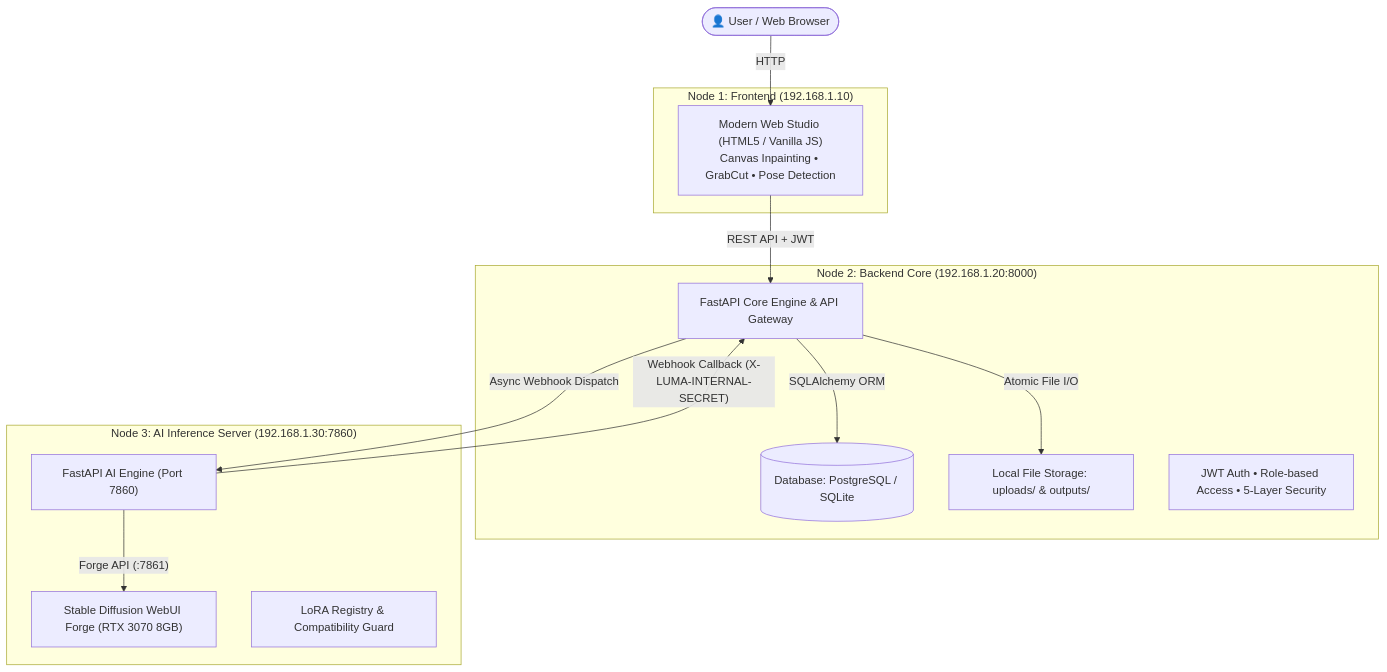
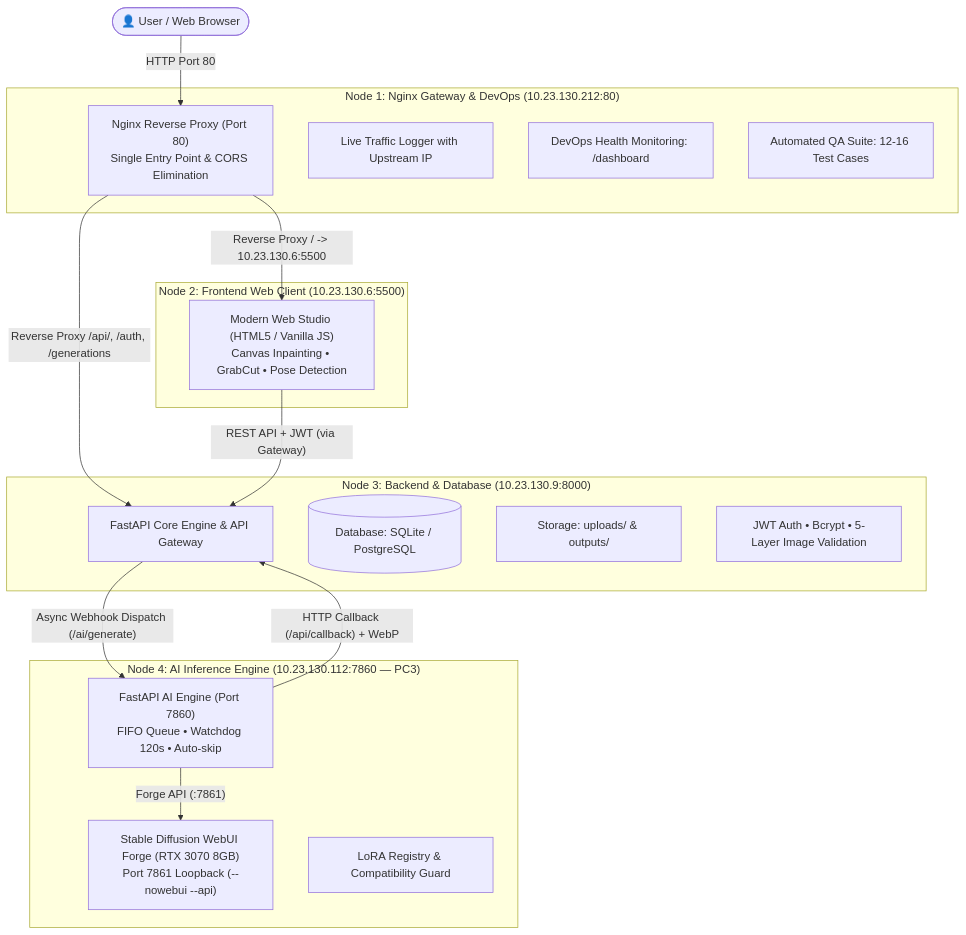
One commit to Pongkarm/Project_Luma_PKW changed the first of 3 diagrams in README.md. Above: the diagram before and after it, drawn with Mermaid. The commit also changed other lines of this file and 1 other file, not shown here.

Commit message:
docs: align root and ai-server READMEs with 4-node topology, real IP matrix, and launch scripts

````diff
--- a/README.md
+++ b/README.md
@@ -17,29 +19,36 @@
 ```mermaid
 graph TD
     User([👤 User / Web Browser])
-    
-    subgraph PC1 ["Node 1: Frontend (192.168.1.10)"]
+
+    subgraph Node1 ["Node 1: Nginx Gateway & DevOps (10.23.130.212:80)"]
+        Nginx["Nginx Reverse Proxy (Port 80)<br/>Single Entry Point & CORS Elimination"]
+        AccessLog["Live Traffic Logger with Upstream IP"]
+        Dashboard["DevOps Health Monitoring: /dashboard"]
+        QATest["Automated QA Suite: 12-16 Test Cases"]
+    end
+
+    subgraph Node2 ["Node 2: Frontend Web Client (10.23.130.6:5500)"]
         UI["Modern Web Studio (HTML5 / Vanilla JS)<br/>Canvas Inpainting • GrabCut • Pose Detection"]
     end
 
-    subgraph PC2 ["Node 2: Backend Core (192.168.1.20:8000)"]
+    subgraph Node3 ["Node 3: Backend & Database (10.23.130.9:8000)"]
         API["FastAPI Core Engine & API Gateway"]
-        DB[("Database: PostgreSQL / SQLite")]
-        Storage["Local File Storage: uploads/ & outputs/"]
-        Security["JWT Auth • Role-based Access • 5-Layer Security"]
+        DB[("Database: SQLite / PostgreSQL")]
+        Storage["Storage: uploads/ & outputs/"]
+        Security["JWT Auth • Bcrypt • 5-Layer Image Validation"]
     end
 
-    subgraph PC3 ["Node 3: AI Inference Server (192.168.1.30:7860)"]
-        AIEngine["FastAPI AI Engine (Port 7860)"]
-        SD["Stable Diffusion WebUI Forge (RTX 3070 8GB)"]
+    subgraph Node4 ["Node 4: AI Inference Engine (10.23.130.112:7860 — PC3)"]
+        AIEngine["FastAPI AI Engine (Port 7860)<br/>FIFO Queue • Watchdog 120s • Auto-skip"]
+        SD["Stable Diffusion WebUI Forge (RTX 3070 8GB)<br/>Port 7861 Loopback (--nowebui --api)"]
         LoRA["LoRA Registry & Compatibility Guard"]
     end
 
-    User -->|"HTTP"| UI
-    UI -->|"REST API + JWT"| API
-    API -->|"SQLAlchemy ORM"| DB
-    API -->|"Atomic File I/O"| Storage
-    API -->|"Async Webhook Dispatch"| AIEngine
+    User -->|"HTTP Port 80"| Nginx
+    Nginx -->|"Reverse Proxy / -> 10.23.130.6:5500"| UI
+    Nginx -->|"Reverse Proxy /api/, /auth, /generations"| API
+    UI -->|"REST API + JWT (via Gateway)"| API
+    API -->|"Async Webhook Dispatch (/ai/generate)"| AIEngine
     AIEngine -->|"Forge API (:7861)"| SD
-    AIEngine -->|"Webhook Callback (X-LUMA-INTERNAL-SECRET)"| API
+    AIEngine -->|"HTTP Callback (/api/callback) + WebP"| API
 ```
````
